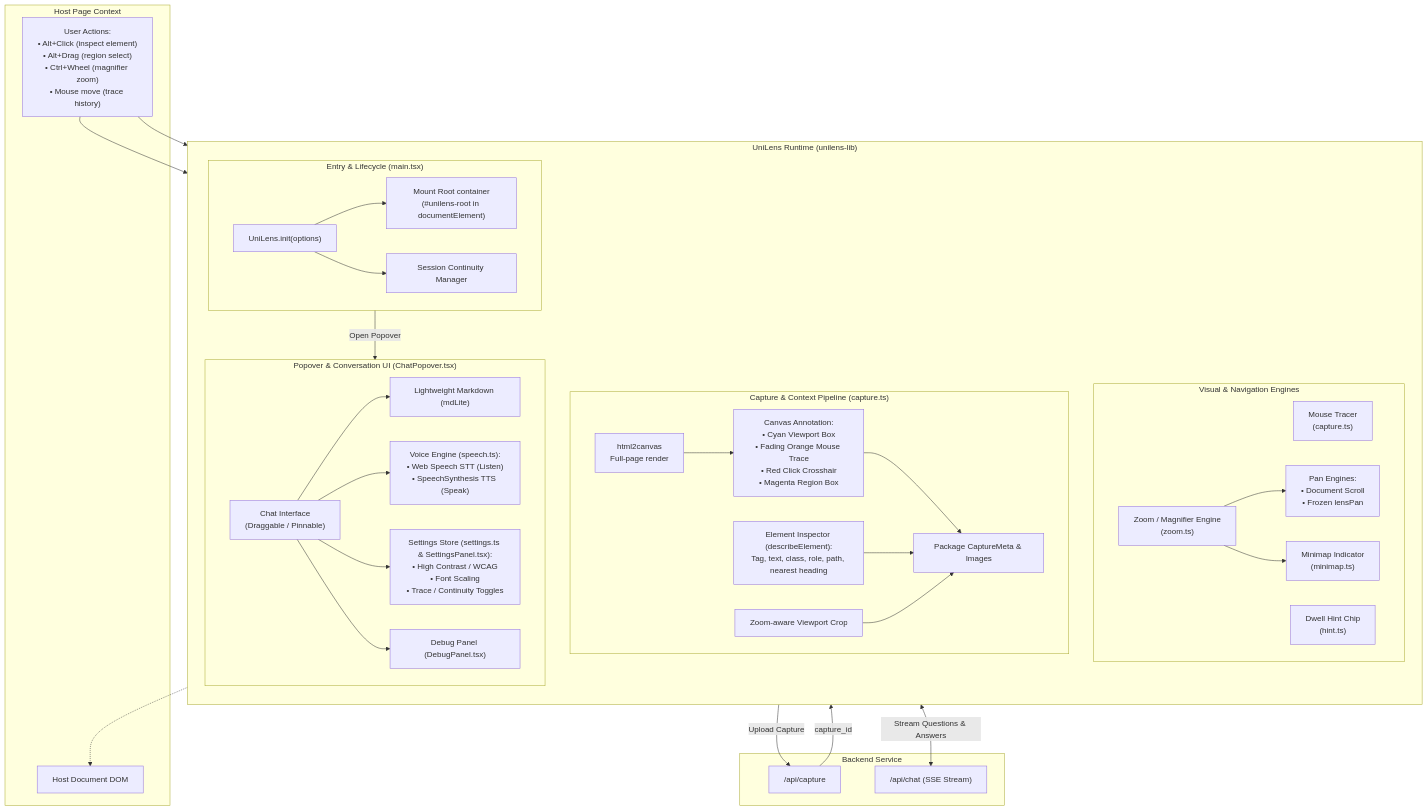
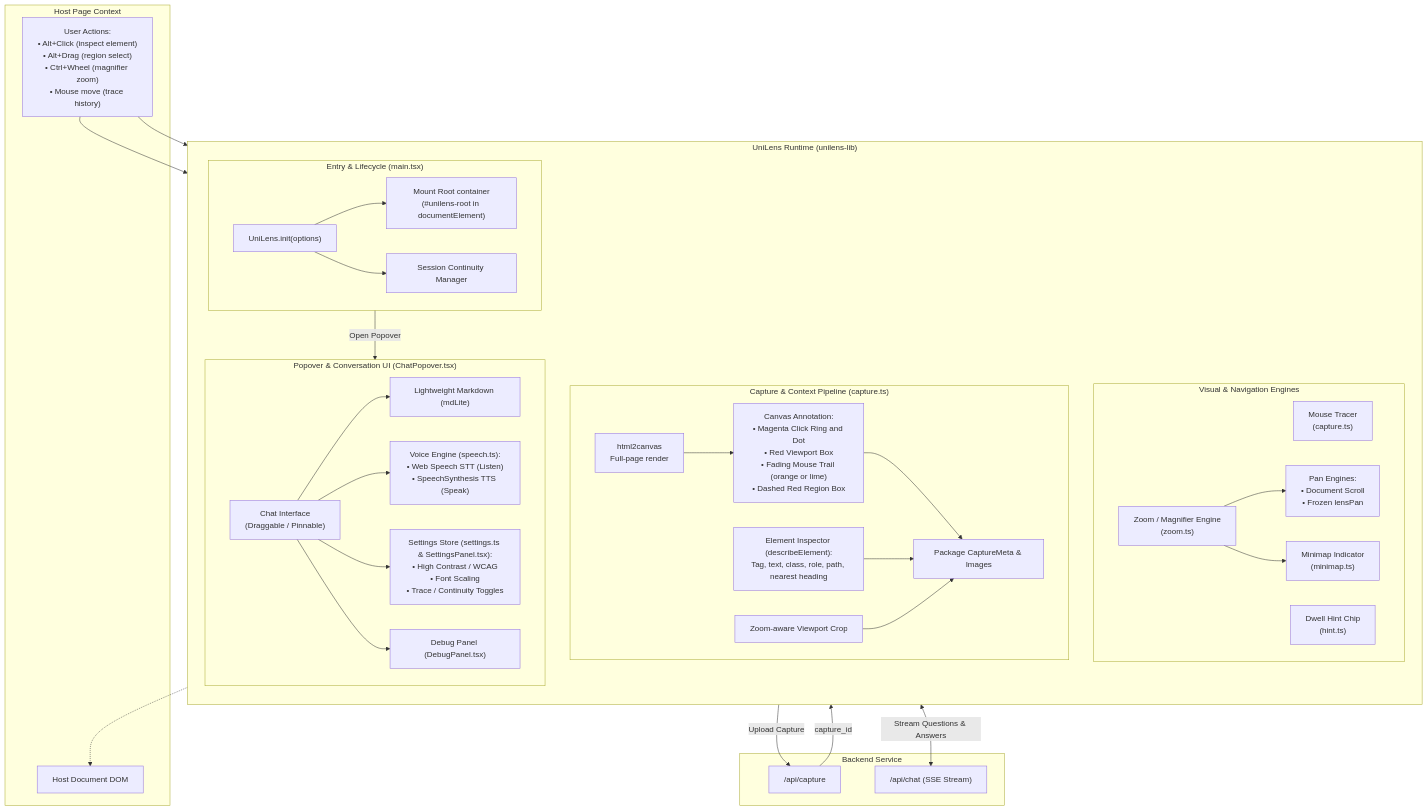
The second of 2 diagrams in docs/Architecture.md (tomfluff/unilens-backup), drawn with Mermaid before and after one commit. The commit also changed 6 other files, not shown here.

````diff
--- a/docs/Architecture.md
+++ b/docs/Architecture.md
@@ -74,73 +74,73 @@
 ```mermaid
 flowchart TB
     subgraph Host_Environment["Host Page Context"]
         DOM["Host Document DOM"]
         UserInteractions["User Actions:<br/>• Alt+Click (inspect element)<br/>• Alt+Drag (region select)<br/>• Ctrl+Wheel (magnifier zoom)<br/>• Mouse move (trace history)"]
     end
 
     subgraph UniLens_Core["UniLens Runtime (unilens-lib)"]
         direction TB
         
         subgraph EntryLifecycle["Entry & Lifecycle (main.tsx)"]
             Init["UniLens.init(options)"]
             MountRoot["Mount Root container<br/>(#unilens-root in documentElement)"]
             SessionMgr["Session Continuity Manager"]
             Init --> MountRoot
             Init --> SessionMgr
         end
 
         subgraph VisualInteraction["Visual & Navigation Engines"]
             Tracer["Mouse Tracer<br/>(capture.ts)"]
             Hint["Dwell Hint Chip<br/>(hint.ts)"]
             ZoomEngine["Zoom / Magnifier Engine<br/>(zoom.ts)"]
             Minimap["Minimap Indicator<br/>(minimap.ts)"]
             PanEngines["Pan Engines:<br/>• Document Scroll<br/>• Frozen lensPan"]
             
             ZoomEngine --> PanEngines
             ZoomEngine --> Minimap
         end
 
         subgraph CapturePipeline["Capture & Context Pipeline (capture.ts)"]
             H2C["html2canvas<br/>Full-page render"]
-            Annotate["Canvas Annotation:<br/>• Cyan Viewport Box<br/>• Fading Orange Mouse Trace<br/>• Red Click Crosshair<br/>• Magenta Region Box"]
+            Annotate["Canvas Annotation:<br/>• Magenta Click Ring and Dot<br/>• Red Viewport Box<br/>• Fading Mouse Trail (orange or lime)<br/>• Dashed Red Region Box"]
             ElementInspect["Element Inspector (describeElement):<br/>Tag, text, class, role, path, nearest heading"]
             ViewportCrop["Zoom-aware Viewport Crop"]
             MetaPack["Package CaptureMeta & Images"]
             
             H2C --> Annotate --> MetaPack
             ElementInspect --> MetaPack
             ViewportCrop --> MetaPack
         end
 
         subgraph PopoverUI["Popover & Conversation UI (ChatPopover.tsx)"]
             ChatUI["Chat Interface<br/>(Draggable / Pinnable)"]
             MarkdownRender["Lightweight Markdown (mdLite)"]
             VoiceEngine["Voice Engine (speech.ts):<br/>• Web Speech STT (Listen)<br/>• SpeechSynthesis TTS (Speak)"]
             SettingsStore["Settings Store (settings.ts & SettingsPanel.tsx):<br/>• High Contrast / WCAG<br/>• Font Scaling<br/>• Trace / Continuity Toggles"]
             DebugPanel["Debug Panel (DebugPanel.tsx)"]
 
             ChatUI --> MarkdownRender
             ChatUI --> VoiceEngine
             ChatUI --> SettingsStore
             ChatUI --> DebugPanel
         end
     end
 
     subgraph Backend_Comms["Backend Service"]
         BackendCap["/api/capture"]
         BackendChat["/api/chat (SSE Stream)"]
     end
 
     %% Event Connections
     UserInteractions --> VisualInteraction
     UserInteractions --> CapturePipeline
     VisualInteraction -.-> DOM
 
     %% Capture Flow
     CapturePipeline -->|"Upload Capture"| BackendCap
     BackendCap -->|"capture_id"| EntryLifecycle
     EntryLifecycle -->|"Open Popover"| PopoverUI
 
     %% Chat Flow
     PopoverUI <-->|"Stream Questions & Answers"| BackendChat
 ```
````
